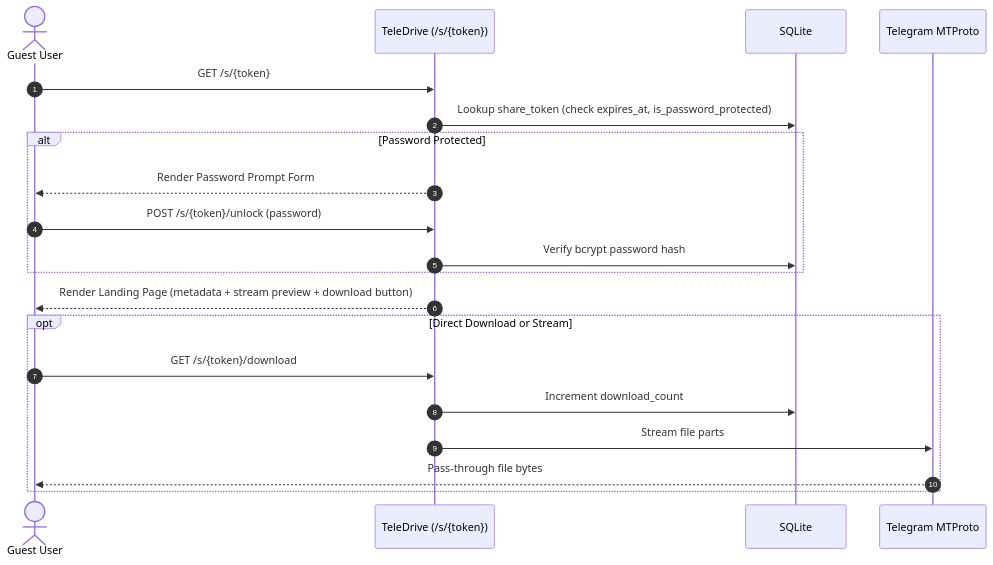
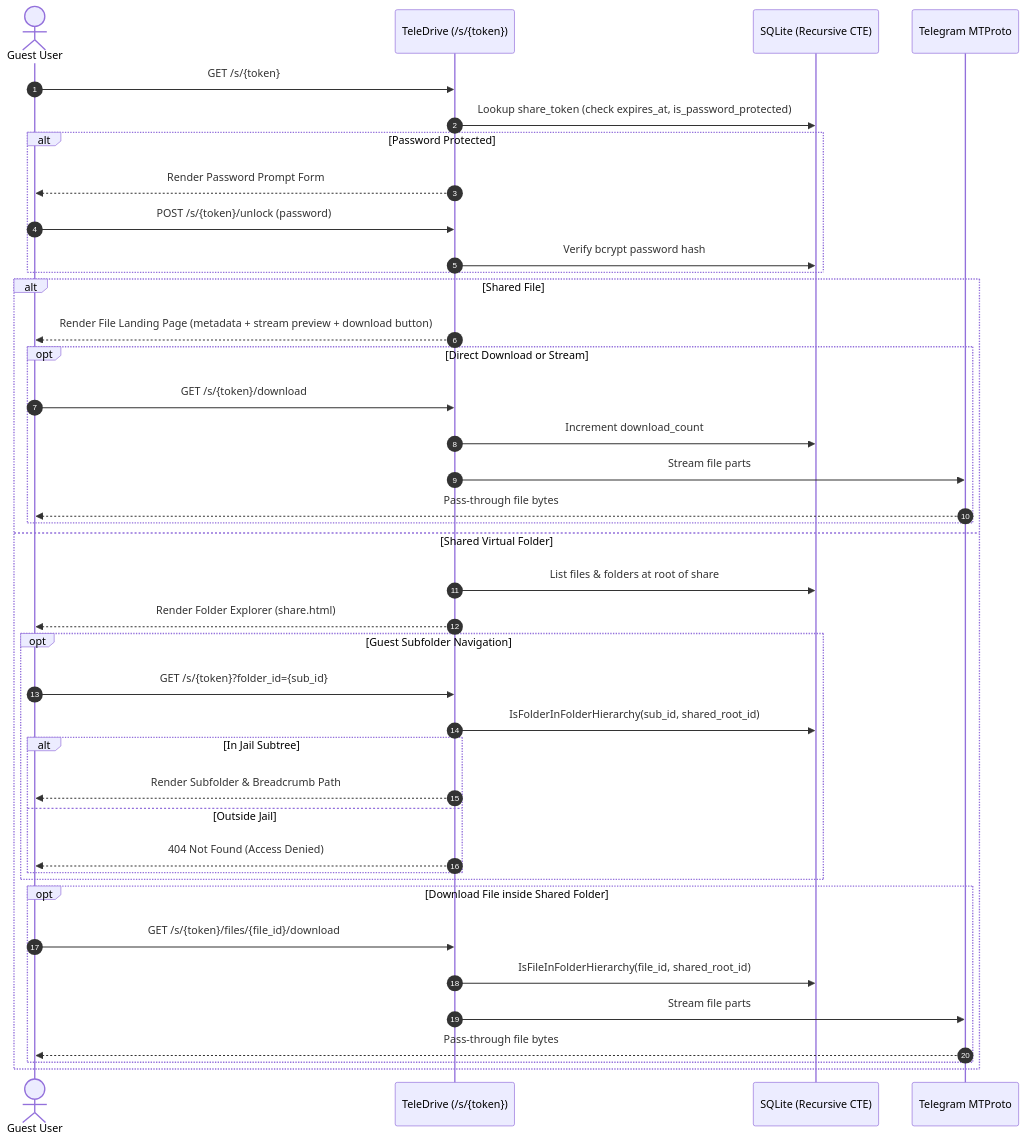
One commit to herliansyah/teledrive changed the third of 9 diagrams in ARCHITECTURE.md. Above: the diagram before and after it, drawn with Mermaid. The commit also changed other lines of this file and 5 other files, not shown here.

````diff
--- a/ARCHITECTURE.md
+++ b/ARCHITECTURE.md
@@ -117,24 +117,43 @@
 ```mermaid
 sequenceDiagram
     autonumber
     actor Guest as Guest User
     participant Web as TeleDrive (/s/{token})
-    participant DB as SQLite
+    participant DB as SQLite (Recursive CTE)
     participant TG as Telegram MTProto
 
     Guest->>Web: GET /s/{token}
     Web->>DB: Lookup share_token (check expires_at, is_password_protected)
     alt Password Protected
         Web-->>Guest: Render Password Prompt Form
         Guest->>Web: POST /s/{token}/unlock (password)
         Web->>DB: Verify bcrypt password hash
     end
-    Web-->>Guest: Render Landing Page (metadata + stream preview + download button)
-    
-    opt Direct Download or Stream
-        Guest->>Web: GET /s/{token}/download
-        Web->>DB: Increment download_count
-        Web->>TG: Stream file parts
-        TG-->>Guest: Pass-through file bytes
+    alt Shared File
+        Web-->>Guest: Render File Landing Page (metadata + stream preview + download button)
+        opt Direct Download or Stream
+            Guest->>Web: GET /s/{token}/download
+            Web->>DB: Increment download_count
+            Web->>TG: Stream file parts
+            TG-->>Guest: Pass-through file bytes
+        end
+    else Shared Virtual Folder
+        Web->>DB: List files & folders at root of share
+        Web-->>Guest: Render Folder Explorer (share.html)
+        opt Guest Subfolder Navigation
+            Guest->>Web: GET /s/{token}?folder_id={sub_id}
+            Web->>DB: IsFolderInFolderHierarchy(sub_id, shared_root_id)
+            alt In Jail Subtree
+                Web-->>Guest: Render Subfolder & Breadcrumb Path
+            else Outside Jail
+                Web-->>Guest: 404 Not Found (Access Denied)
+            end
+        end
+        opt Download File inside Shared Folder
+            Guest->>Web: GET /s/{token}/files/{file_id}/download
+            Web->>DB: IsFileInFolderHierarchy(file_id, shared_root_id)
+            Web->>TG: Stream file parts
+            TG-->>Guest: Pass-through file bytes
+        end
     end
 ```
````
